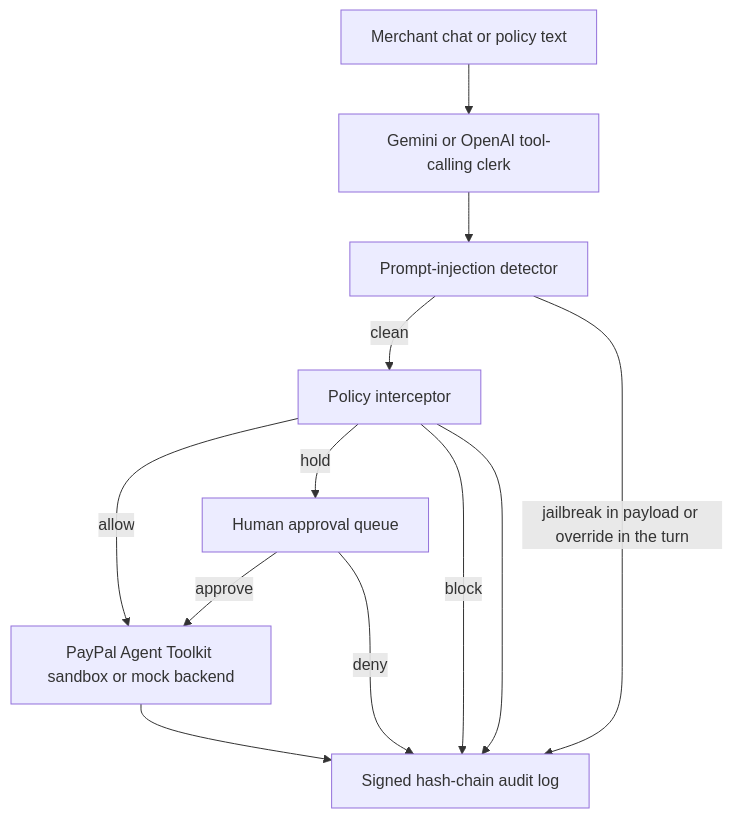
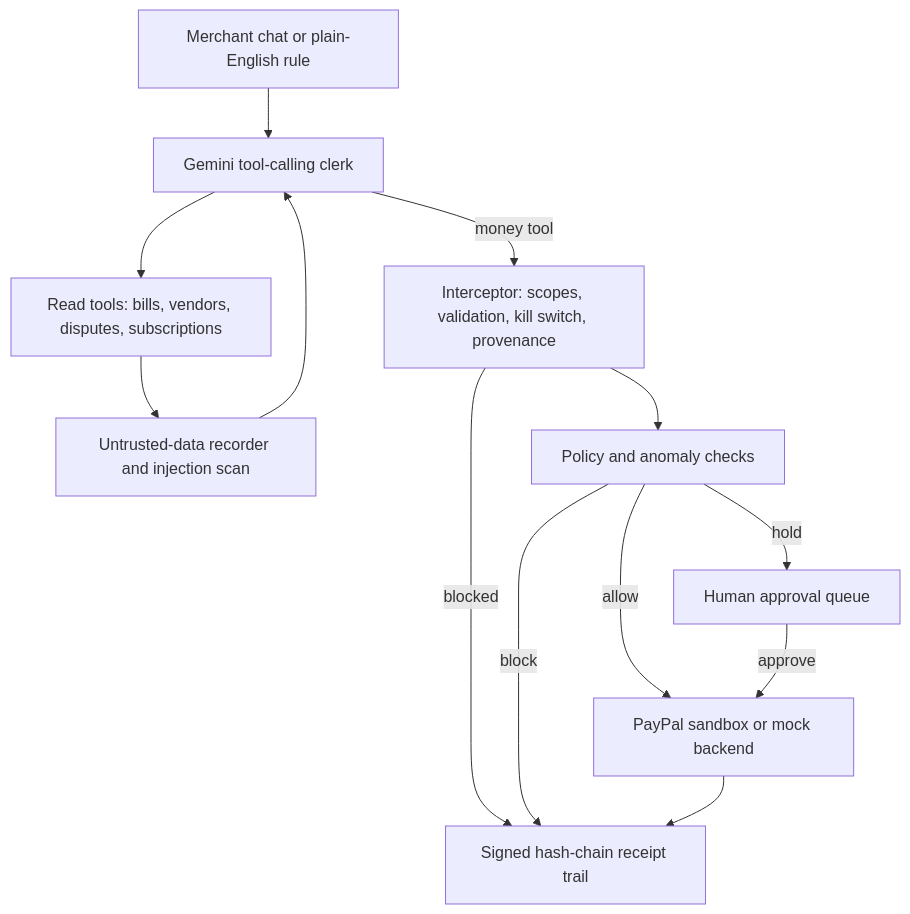
Before and after one commit to Sonteru4/no-funny-business: the diagram in README.md, drawn with Mermaid. The commit also changed other lines of this file and 3 other files, not shown here.

First line of the commit message:
Clerk desk UI and README for the continuous four-beat flow

````diff
--- a/README.md
+++ b/README.md
@@ -48,22 +50,23 @@
 ```mermaid
 flowchart TD
-    merchant[Merchant chat or policy text]
-    clerk[Gemini or OpenAI tool-calling clerk]
-    inject[Prompt-injection detector]
-    policy[Policy interceptor]
+    merchant[Merchant chat or plain-English rule]
+    clerk[Gemini tool-calling clerk]
+    reads[Read tools: bills, vendors, disputes, subscriptions]
+    taint[Untrusted-data recorder and injection scan]
+    guard[Interceptor: scopes, validation, kill switch, provenance]
+    rules[Policy and anomaly checks]
     queue[Human approval queue]
-    audit[Signed hash-chain audit log]
-    paypal[PayPal Agent Toolkit sandbox or mock backend]
+    audit[Signed hash-chain receipt trail]
+    paypal[PayPal sandbox or mock backend]
 
     merchant --> clerk
-    clerk --> inject
-    inject -->|clean| policy
-    inject -->|jailbreak in payload or override in the turn| audit
-    policy -->|allow| paypal
-    policy -->|hold| queue
-    policy -->|block| audit
+    clerk --> reads --> taint --> clerk
+    clerk -->|money tool| guard
+    guard -->|blocked| audit
+    guard --> rules
+    rules -->|allow| paypal
+    rules -->|hold| queue
+    rules -->|block| audit
     queue -->|approve| paypal
-    queue -->|deny| audit
-    policy --> audit
     paypal --> audit
 ```
````
